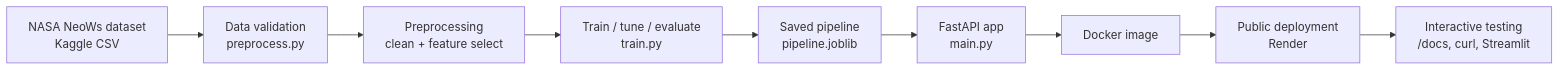
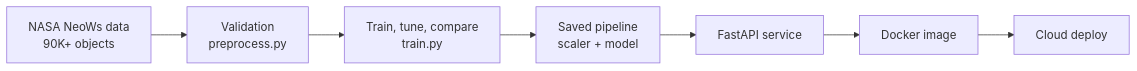
One commit to sidhantds/Neo-Sentinal changed the diagram in README.md. Above: the diagram before and after it, drawn with Mermaid. The commit also changed other lines of this file and 20 other files, not shown here.

````diff
--- a/README.md
+++ b/README.md
@@ -69,11 +49,9 @@
 ```mermaid
 flowchart LR
-    A[NASA NeoWs dataset\nKaggle CSV] --> B[Data validation\npreprocess.py]
-    B --> C[Preprocessing\nclean + feature select]
-    C --> D[Train / tune / evaluate\ntrain.py]
-    D --> E[Saved pipeline\npipeline.joblib]
-    E --> F[FastAPI app\nmain.py]
-    F --> G[Docker image]
-    G --> H[Public deployment\nRender]
-    H --> I[Interactive testing\n/docs, curl, Streamlit]
+    A[NASA NeoWs data<br/>90K+ objects] --> B[Validation<br/>preprocess.py]
+    B --> C[Train, tune, compare<br/>train.py]
+    C --> D[Saved pipeline<br/>scaler + model]
+    D --> E[FastAPI service]
+    E --> F[Docker image]
+    F --> G[Cloud deploy]
 ```
````
